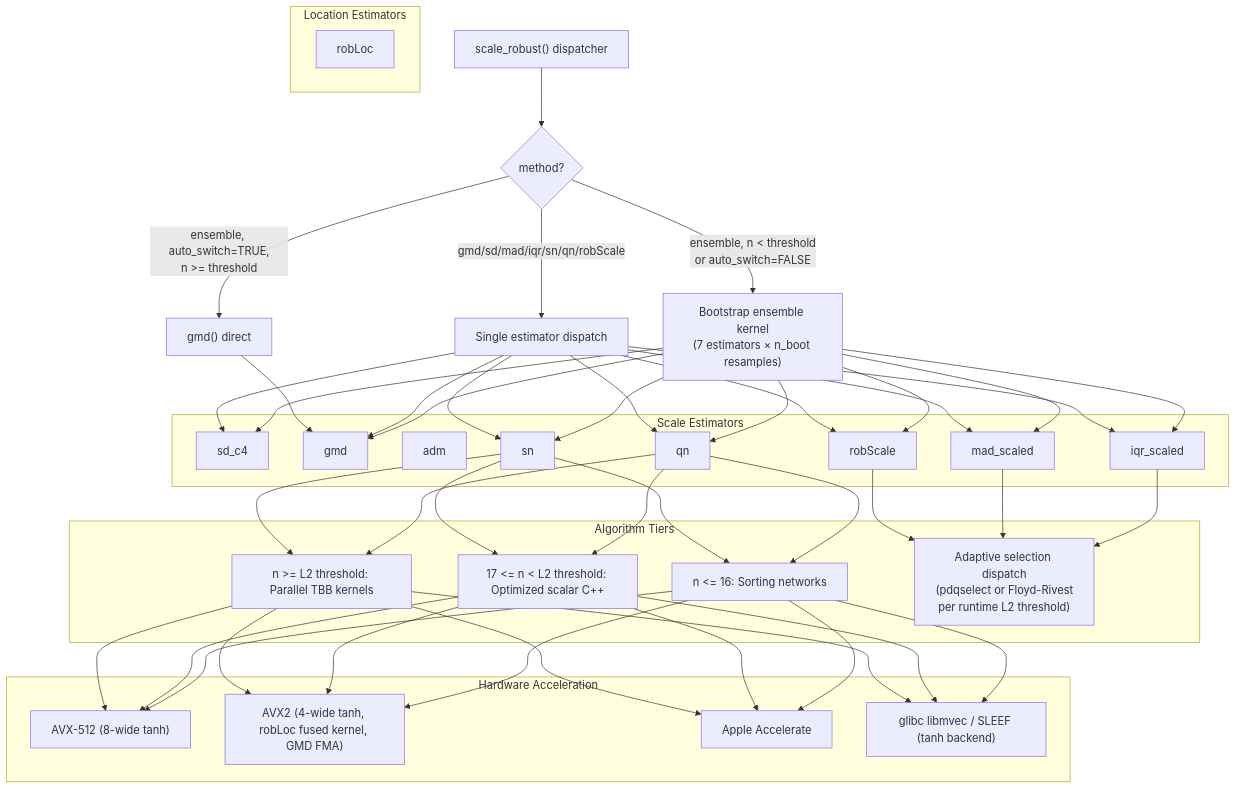
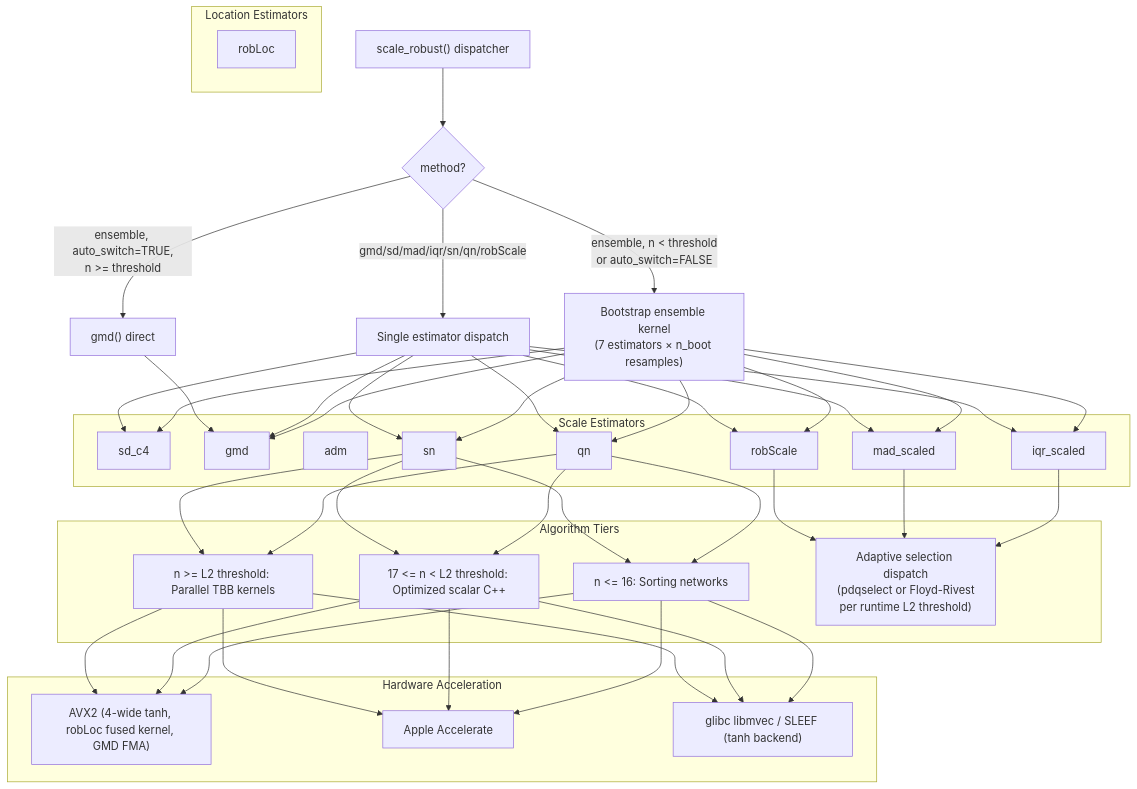
The second of 2 diagrams in README.md (davdittrich/robscale), drawn with Mermaid before and after one commit. The commit also changed other lines of this file and 10 other files, not shown here.

````diff
--- a/README.md
+++ b/README.md
@@ -453,45 +452,44 @@
-``` mermaid
+```mermaid
 graph TD
     SR["scale_robust() dispatcher"] --> ENS{method?}
     ENS -- "ensemble, n < threshold<br/>or auto_switch=FALSE" --> BOOT["Bootstrap ensemble kernel<br/>(7 estimators × n_boot resamples)"]
     ENS -- "ensemble, auto_switch=TRUE,<br/>n >= threshold" --> GMD_FAST["gmd() direct"]
     ENS -- "gmd/sd/mad/iqr/sn/qn/robScale" --> SINGLE["Single estimator dispatch"]
 
     subgraph "Scale Estimators"
         SD["sd_c4"]
         GMD["gmd"]
         ADM["adm"]
         QN["qn"]
         SN["sn"]
         RS["robScale"]
         IQR["iqr_scaled"]
         MAD["mad_scaled"]
     end
 
     subgraph "Location Estimators"
         RL["robLoc"]
     end
 
     BOOT --> SD & GMD & MAD & IQR & SN & QN & RS
     SINGLE --> SD & GMD & QN & SN & RS & IQR & MAD
     GMD_FAST --> GMD
 
     subgraph "Algorithm Tiers"
         T1["n <= 16: Sorting networks"]
         T2["17 <= n < L2 threshold: Optimized scalar C++"]
         T3["n >= L2 threshold: Parallel TBB kernels"]
         T4["Adaptive selection dispatch\n(pdqselect or Floyd-Rivest\nper runtime L2 threshold)"]
     end
 
     QN & SN --> T1 & T2 & T3
     IQR & MAD & RS --> T4
 
     subgraph "Hardware Acceleration"
-        G["AVX-512 (8-wide tanh)"]
         G2["AVX2 (4-wide tanh, robLoc fused kernel, GMD FMA)"]
         H[Apple Accelerate]
         I["glibc libmvec / SLEEF (tanh backend)"]
     end
 
-    T1 & T2 & T3 --> G & G2 & H & I
+    T1 & T2 & T3 --> G2 & H & I
 ```
````
